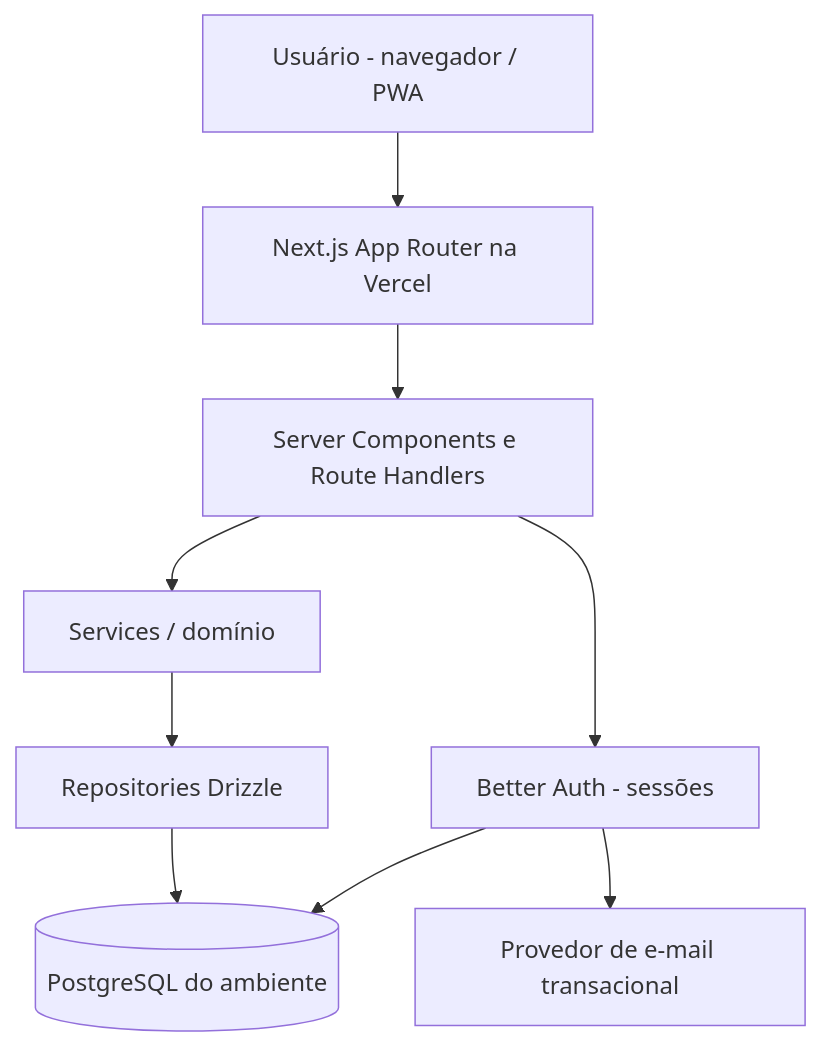
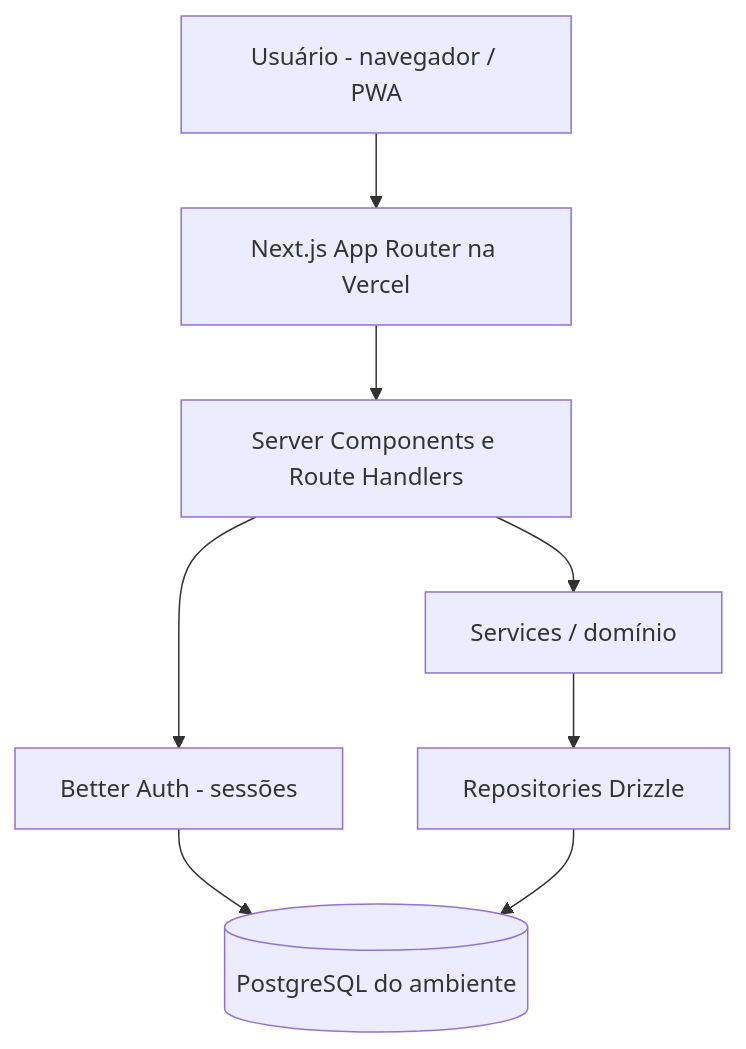
One commit to lribeiromoura/reset changed the first of 2 diagrams in specs/reset-spec-driven.md. Above: the diagram before and after it, drawn with Mermaid. The commit also changed other lines of this file and 25 other files, not shown here.

````diff
--- a/specs/reset-spec-driven.md
+++ b/specs/reset-spec-driven.md
@@ -332,11 +332,10 @@
 ```mermaid
 flowchart TD
     U[Usuário - navegador / PWA] --> N[Next.js App Router na Vercel]
     N --> RSC[Server Components e Route Handlers]
     RSC --> AUTH[Better Auth - sessões]
     RSC --> SVC[Services / domínio]
     SVC --> REP[Repositories Drizzle]
     AUTH --> DB[(PostgreSQL do ambiente)]
     REP --> DB
-    AUTH --> EMAIL[Provedor de e-mail transacional]
 ```
````
